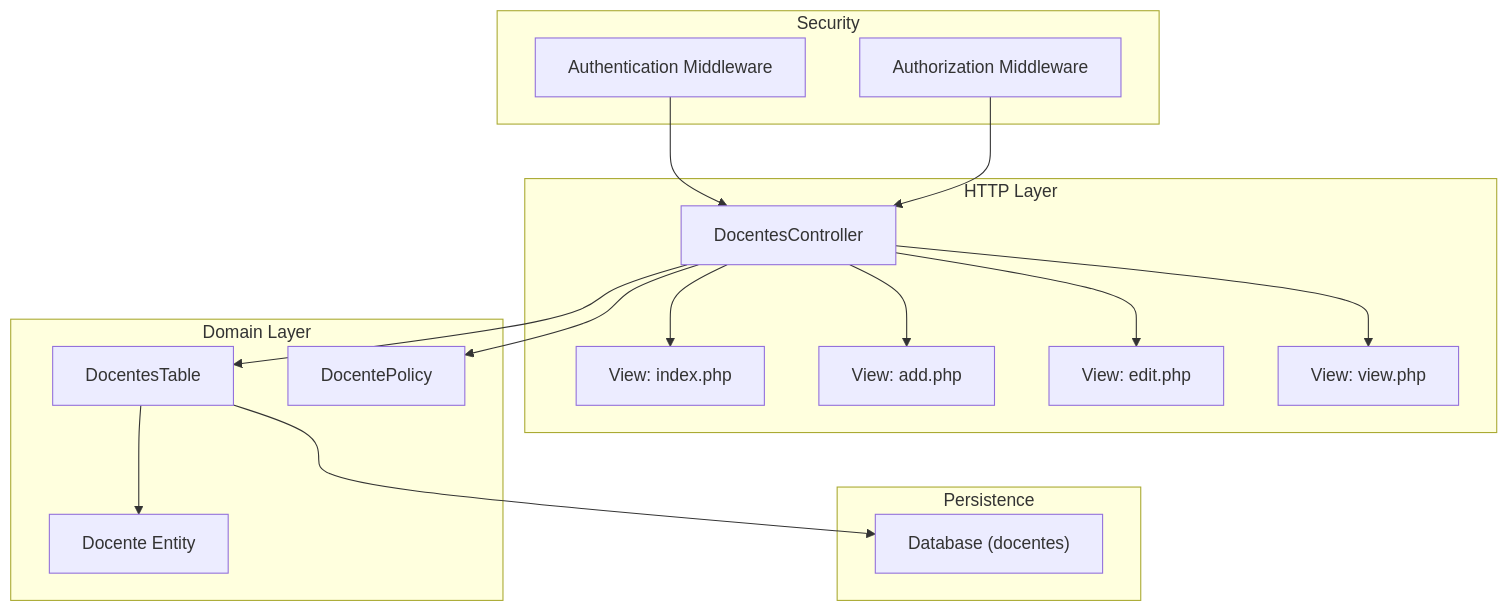
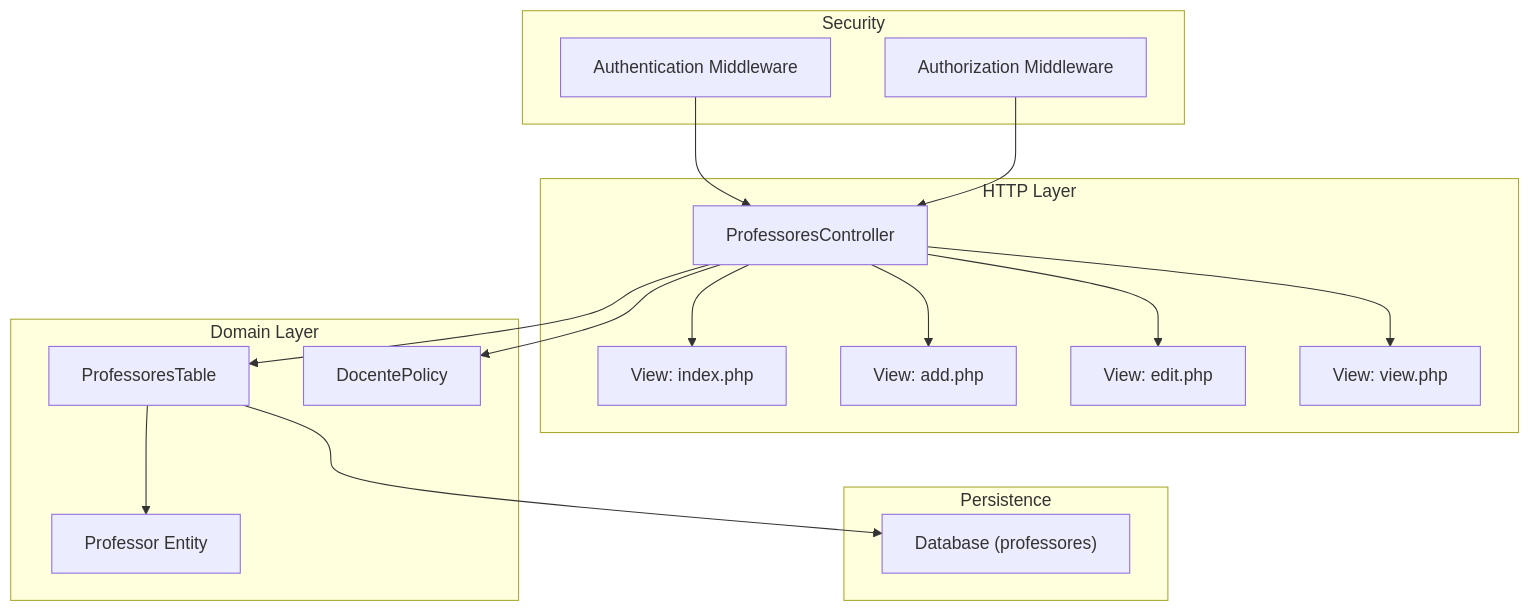
Before and after one commit to luiseduacosta/planejamento5: the first of 3 diagrams in .qoder/repowiki/en/content/Core Features/Faculty Management/Faculty CRUD Operations.md, drawn with Mermaid. The commit also changed other lines of this file and 37 other files, not shown here.

Commit message:
repowiki: rename Docentes → Professores in metadata

````diff
--- a/.qoder/repowiki/en/content/Core Features/Faculty Management/Faculty CRUD Operations.md
+++ b/.qoder/repowiki/en/content/Core Features/Faculty Management/Faculty CRUD Operations.md
@@ -39,32 +39,32 @@
 ```mermaid
 graph TB
 subgraph "HTTP Layer"
-C["DocentesController"]
+C["ProfessoresController"]
 V_index["View: index.php"]
 V_add["View: add.php"]
 V_edit["View: edit.php"]
 V_view["View: view.php"]
 end
 subgraph "Domain Layer"
-T["DocentesTable"]
-E["Docente Entity"]
+T["ProfessoresTable"]
+E["Professor Entity"]
 P["DocentePolicy"]
 end
 subgraph "Security"
 A["Authentication Middleware"]
 Z["Authorization Middleware"]
 end
 subgraph "Persistence"
-DB["Database (docentes)"]
+DB["Database (professores)"]
 end
 C --> T
 C --> P
 C --> V_index
 C --> V_add
 C --> V_edit
 C --> V_view
 T --> E
 T --> DB
 A --> C
 Z --> C
 ```
````
